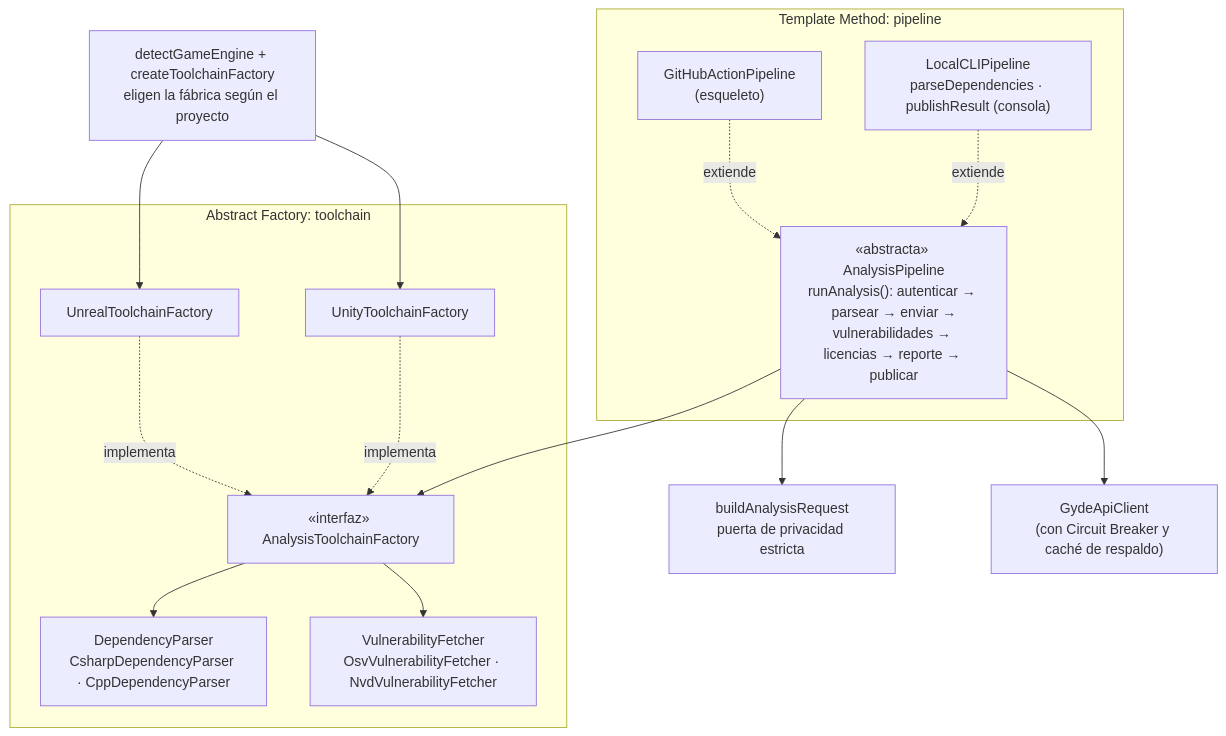
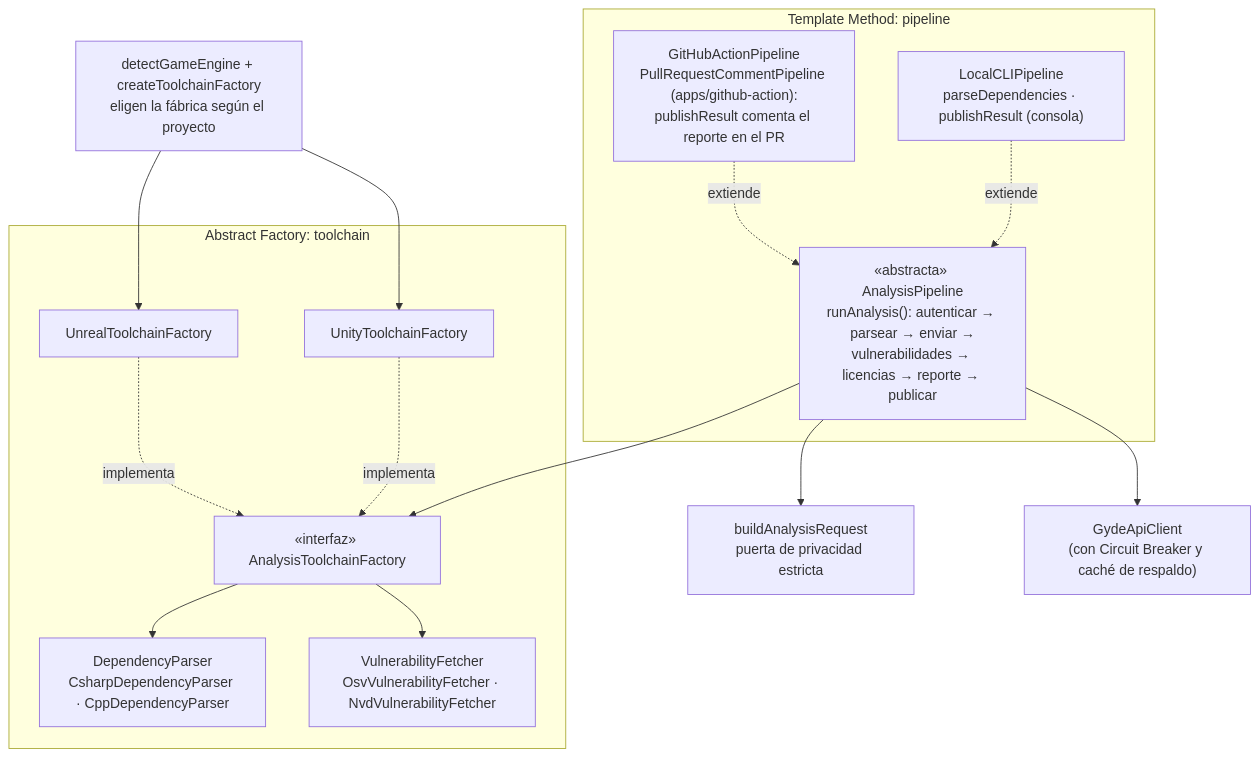
Before and after one commit to Bokter/Gyde: the sixth of 7 diagrams in docs/architecture/05-modelo-c4.md, drawn with Mermaid. The commit also changed other lines of this file and 2 other files, not shown here.

First line of the commit message:
docs: reflect the Reports persistence and the GitHub Action

````diff
--- a/docs/architecture/05-modelo-c4.md
+++ b/docs/architecture/05-modelo-c4.md
@@ -189,27 +191,27 @@
 ```mermaid
 flowchart TB
     subgraph tm["Template Method: pipeline"]
         ap["«abstracta» AnalysisPipeline<br/>runAnalysis(): autenticar → parsear → enviar →<br/>vulnerabilidades → licencias → reporte → publicar"]
         cliP["LocalCLIPipeline<br/>parseDependencies · publishResult (consola)"]
-        gha["GitHubActionPipeline<br/>(esqueleto)"]
+        gha["GitHubActionPipeline<br/>PullRequestCommentPipeline (apps/github-action):<br/>publishResult comenta el reporte en el PR"]
     end
     subgraph af["Abstract Factory: toolchain"]
         f["«interfaz» AnalysisToolchainFactory"]
         uf["UnityToolchainFactory"]
         rf["UnrealToolchainFactory"]
         dp["DependencyParser<br/>CsharpDependencyParser · CppDependencyParser"]
         vf["VulnerabilityFetcher<br/>OsvVulnerabilityFetcher · NvdVulnerabilityFetcher"]
     end
     priv["buildAnalysisRequest<br/>puerta de privacidad estricta"]
     api["GydeApiClient<br/>(con Circuit Breaker y caché de respaldo)"]
     det["detectGameEngine + createToolchainFactory<br/>eligen la fábrica según el proyecto"]
     cliP -. extiende .-> ap
     gha -. extiende .-> ap
     ap --> f
     uf -. implementa .-> f
     rf -. implementa .-> f
     f --> dp & vf
     ap --> priv
     ap --> api
     det --> uf & rf
 ```
````
